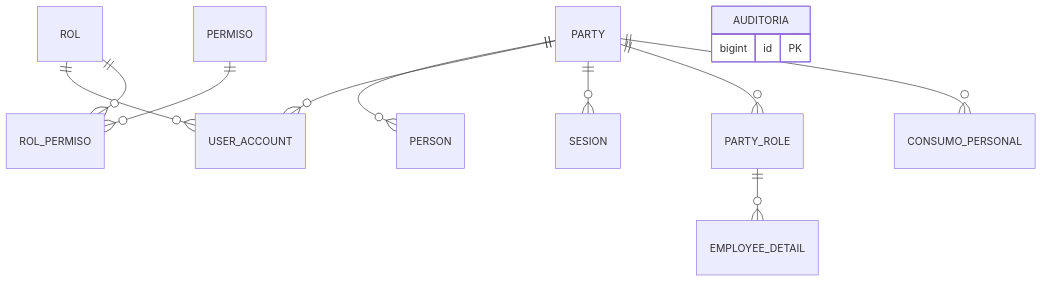
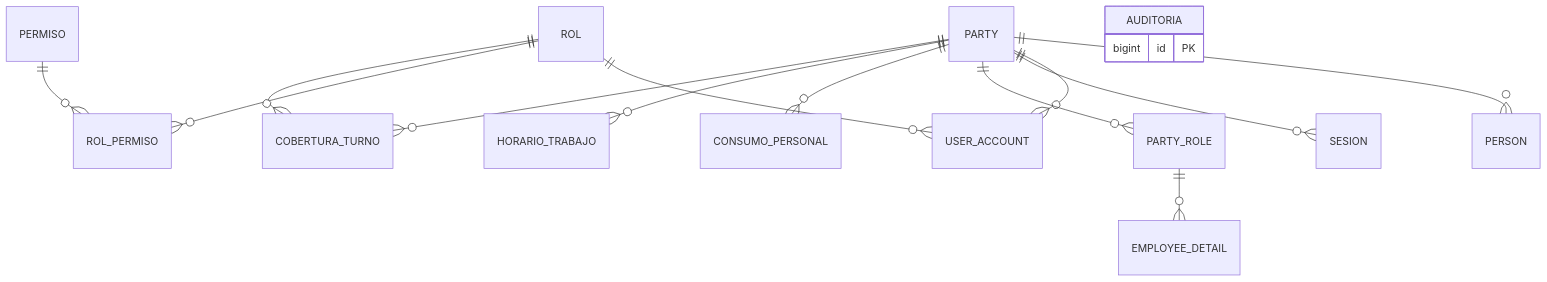
The second of 5 diagrams in docs/dor/DOR-FT-USR-02-roles-permisos-y-escritorio-por-rol.md (JoseEM26/caprichos), drawn with Mermaid before and after one commit. The commit also changed other lines of this file and 208 other files, not shown here.

````diff
--- a/docs/dor/DOR-FT-USR-02-roles-permisos-y-escritorio-por-rol.md
+++ b/docs/dor/DOR-FT-USR-02-roles-permisos-y-escritorio-por-rol.md
@@ -88,15 +88,18 @@
 ```mermaid
 erDiagram
   PARTY ||--o{ PERSON : ""
   PARTY ||--o{ USER_ACCOUNT : ""
   ROL ||--o{ USER_ACCOUNT : ""
   PERMISO ||--o{ ROL_PERMISO : ""
   ROL ||--o{ ROL_PERMISO : ""
   PARTY ||--o{ SESION : ""
   PARTY_ROLE ||--o{ EMPLOYEE_DETAIL : ""
   PARTY ||--o{ PARTY_ROLE : ""
   PARTY ||--o{ CONSUMO_PERSONAL : ""
+  PARTY ||--o{ HORARIO_TRABAJO : ""
+  PARTY ||--o{ COBERTURA_TURNO : ""
+  ROL ||--o{ COBERTURA_TURNO : ""
   AUDITORIA {
     bigint id PK
   }
 ```
````
